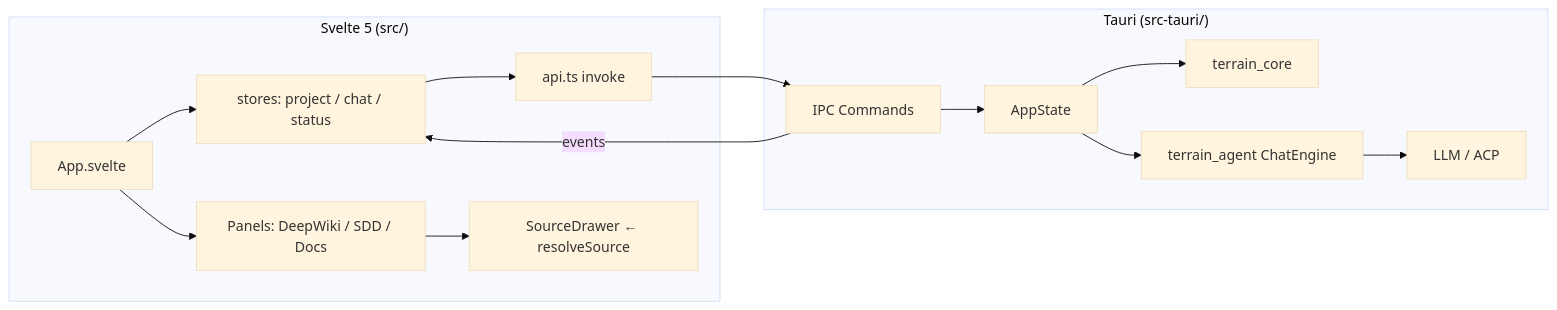
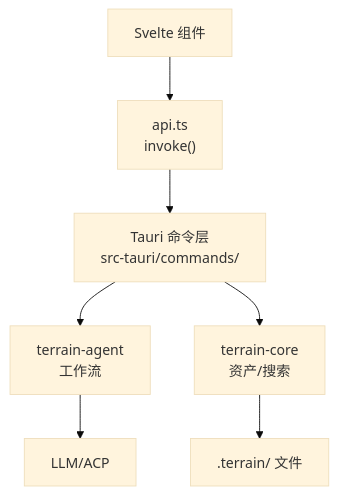
Before and after one commit to sopaco/terrain: the diagram in .terrain/human/4.Deep-Exploration/桌面UI.md, drawn with Mermaid (base theme). The commit also changed other lines of this file and 79 other files, not shown here.

````diff
--- a/.terrain/human/4.Deep-Exploration/桌面UI.md
+++ b/.terrain/human/4.Deep-Exploration/桌面UI.md
@@ -51,17 +37,9 @@
 ```mermaid
-flowchart LR
-    subgraph Frontend["Svelte 5 (src/)"]
-        A["App.svelte"] --> B["stores: project / chat / status"]
-        B --> C["api.ts invoke"]
-        A --> D["Panels: DeepWiki / SDD / Docs"]
-        D --> E["SourceDrawer ← resolveSource"]
-    end
-    subgraph Backend["Tauri (src-tauri/)"]
-        C --> F["IPC Commands"]
-        F --> G["AppState"]
-        G --> H["terrain_core"]
-        G --> I["terrain_agent ChatEngine"]
-        I --> J["LLM / ACP"]
-    end
-    F -->|events| B
+flowchart TD
+    A["Svelte 组件"] --> B["api.ts<br/>invoke()"]
+    B --> C["Tauri 命令层<br/>src-tauri/commands/"]
+    C --> D["terrain-agent<br/>工作流"]
+    C --> E["terrain-core<br/>资产/搜索"]
+    D --> F["LLM/ACP"]
+    E --> G[".terrain/ 文件"]
 ```
````
